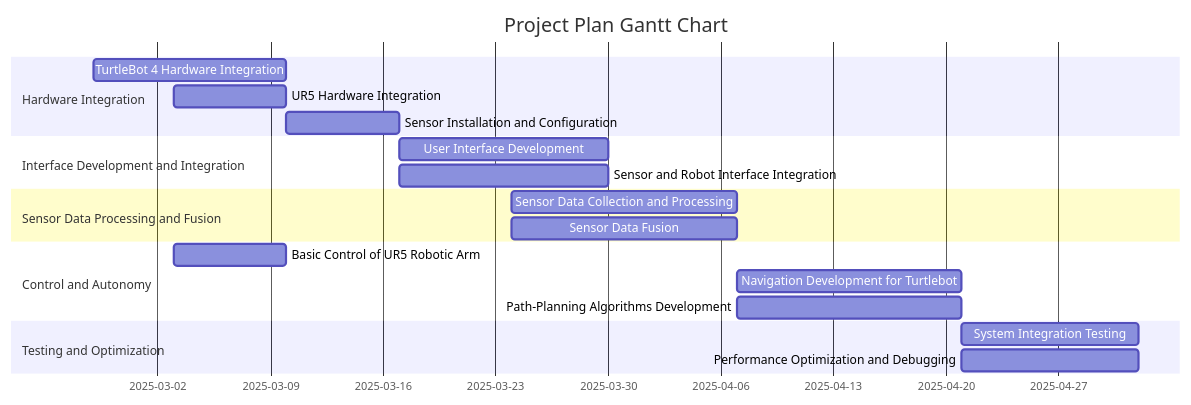
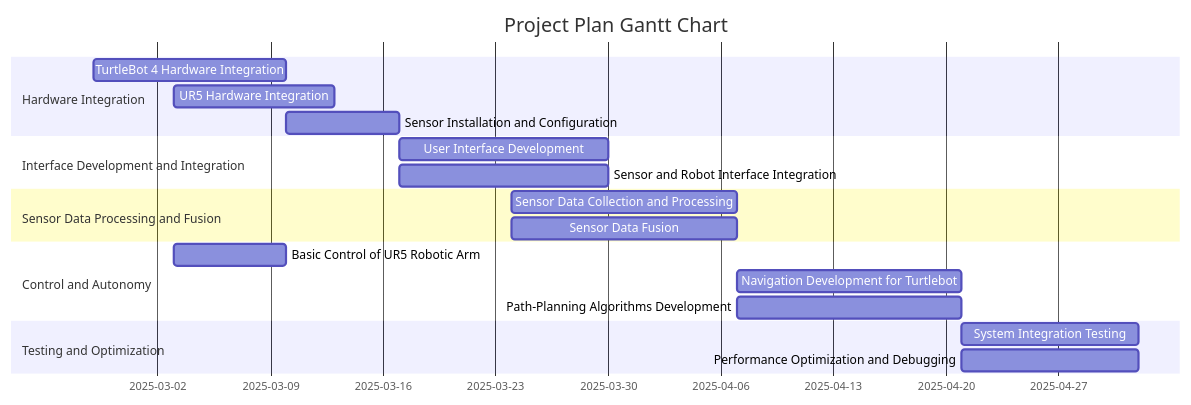
Before and after one commit to RAS598-2025-S-Team12/RAS598-2025-S-Team12.github.io: the diagram in docs/timeline.md, drawn with Mermaid.

````diff
--- a/docs/timeline.md
+++ b/docs/timeline.md
@@ -6,31 +6,31 @@
 ``` mermaid
 
 gantt
     title Project Plan Gantt Chart
     dateFormat  YYYY-MM-DD
 
     section Hardware Integration
     TurtleBot 4 Hardware Integration               :task2_1, 2025-02-26, 2025-03-10
-    UR5 Hardware Integration                       :task2_2, 2025-03-03, 2025-03-10
+    UR5 Hardware Integration                       :task2_2, 2025-03-03, 2025-03-13
     Sensor Installation and Configuration          :task2_3, 2025-03-10, 2025-03-17
 
     section Interface Development and Integration
     User Interface Development:task3_1, 2025-03-17, 2025-03-30
     Sensor and Robot Interface Integration          :task3_2, 2025-03-17, 2025-03-30
 
     section Sensor Data Processing and Fusion
     Sensor Data Collection and Processing           :task4_1, 2025-03-24, 2025-04-07
     Sensor Data Fusion                              :task4_2, 2025-03-24, 2025-04-07
 
     section Control and Autonomy 
     Basic Control of UR5 Robotic Arm               :task5_1, 2025-03-03, 2025-03-10
     Navigation Development for Turtlebot                 :task5_2, 2025-04-07, 2025-04-21
     Path-Planning Algorithms Development                 :task5_3, 2025-04-07, 2025-04-21
 
     section Testing and Optimization
     System Integration Testing                     :task6_1, 2025-04-21, 2025-05-02
     Performance Optimization and Debugging         :task6_2, 2025-04-21, 2025-05-02
 
 
 
 ```
````
